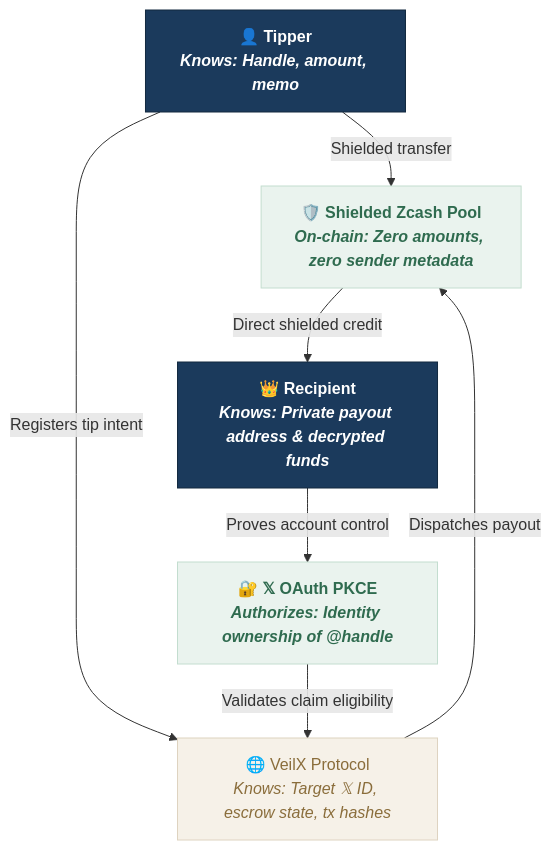
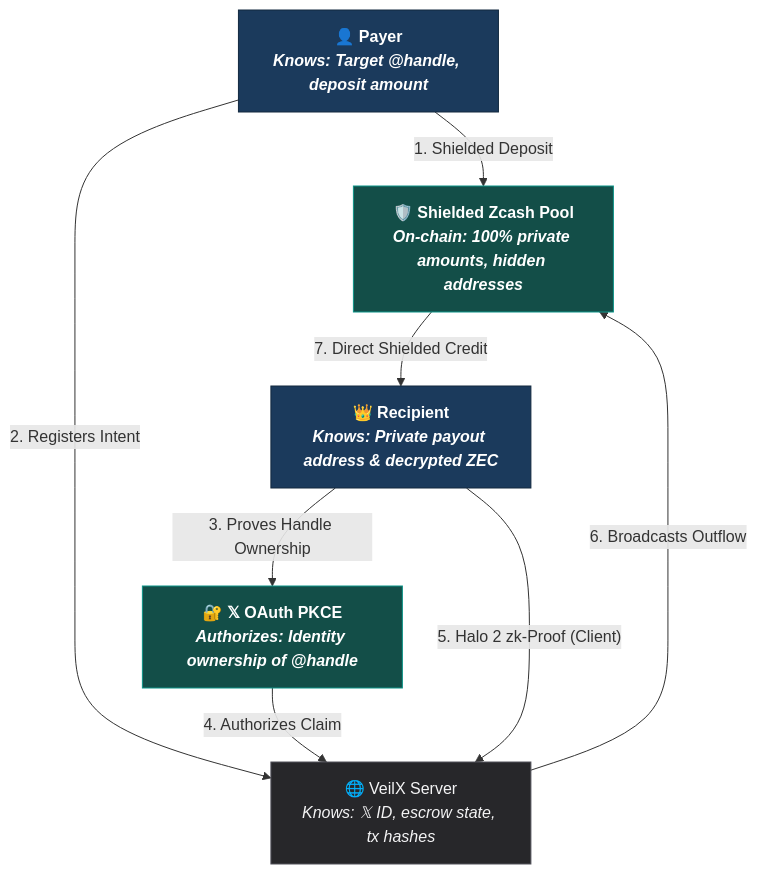
One commit to Expat-Q/VeilX changed the second of 2 diagrams in README.md. Above: the diagram before and after it, drawn with Mermaid. The commit also changed other lines of this file and 61 other files, not shown here.

Commit message:
feat(escrow): implement multi-threaded client PCZT proving & production-ready documentation

````diff
--- a/README.md
+++ b/README.md
@@ -56,22 +219,23 @@
 ```mermaid
 flowchart TB
-    U["👤 Tipper<br/><i>Knows: Handle, amount, memo</i>"]
-    V["🌐 VeilX Protocol<br/><i>Knows: Target 𝕏 ID, escrow state, tx hashes</i>"]
+    U["👤 Payer<br/><i>Knows: Target @handle, deposit amount</i>"]
+    V["🌐 VeilX Server<br/><i>Knows: 𝕏 ID, escrow state, tx hashes</i>"]
     X["🔐 𝕏 OAuth PKCE<br/><i>Authorizes: Identity ownership of @handle</i>"]
-    Z["🛡️ Shielded Zcash Pool<br/><i>On-chain: Zero amounts, zero sender metadata</i>"]
-    C["👑 Recipient<br/><i>Knows: Private payout address & decrypted funds</i>"]
+    Z["🛡️ Shielded Zcash Pool<br/><i>On-chain: 100% private amounts, hidden addresses</i>"]
+    C["👑 Recipient<br/><i>Knows: Private payout address & decrypted ZEC</i>"]
 
-    U -->|"Shielded transfer"| Z
-    U -->|"Registers tip intent"| V
-    C -->|"Proves account control"| X
-    X -->|"Validates claim eligibility"| V
-    V -->|"Dispatches payout"| Z
-    Z -->|"Direct shielded credit"| C
+    U -->|"1. Shielded Deposit"| Z
+    U -->|"2. Registers Intent"| V
+    C -->|"3. Proves Handle Ownership"| X
+    X -->|"4. Authorizes Claim"| V
+    C -->|"5. Halo 2 zk-Proof (Client)"| V
+    V -->|"6. Broadcasts Outflow"| Z
+    Z -->|"7. Direct Shielded Credit"| C
 
     classDef participant fill:#1b3a5c,stroke:#12293f,color:#ffffff,font-weight:bold;
-    classDef privacy fill:#eaf3ee,stroke:#c3ddcf,color:#2f6b4f,font-weight:bold;
-    classDef server fill:#f6f1e8,stroke:#ded3c0,color:#8a6d3b;
+    classDef privacy fill:#134e48,stroke:#0d9488,color:#ffffff,font-weight:bold;
+    classDef server fill:#27272a,stroke:#52525b,color:#f4f4f5;
     class U,C participant;
     class Z,X privacy;
     class V server;
 ```
````
